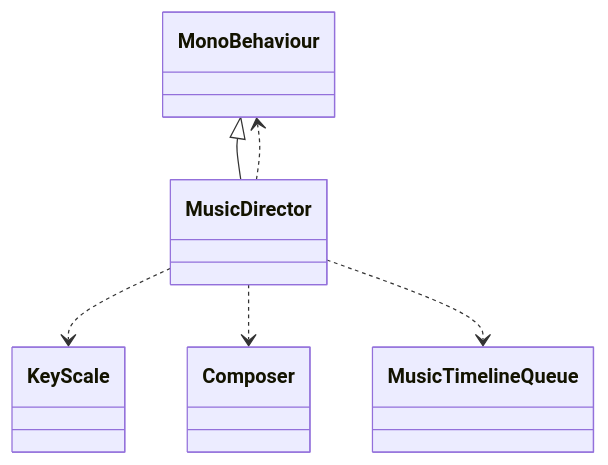
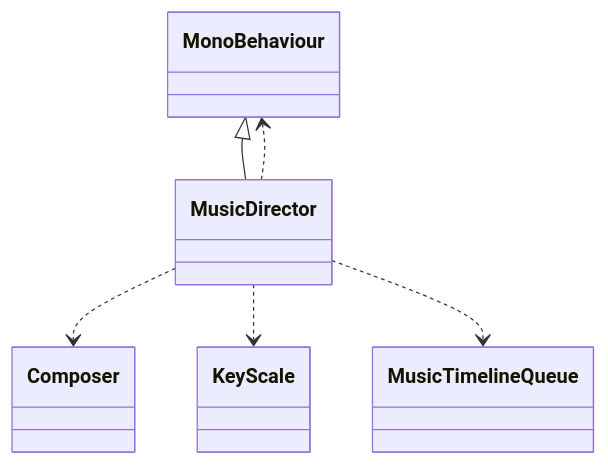
Before and after one commit to schnock-art/project_inspector: the sixth of 39 diagrams in test/test.md, drawn with Mermaid. The commit also changed other lines of this file and 1 other file, not shown here.

Commit message:
Removed empty mermaid

````diff
--- a/test/test.md
+++ b/test/test.md
@@ -225,8 +225,8 @@
 ```mermaid
 classDiagram
 MonoBehaviour <|-- MusicDirector
+MusicDirector ..> Composer
 MusicDirector ..> KeyScale
-MusicDirector ..> Composer
 MusicDirector ..> MusicTimelineQueue
 MusicDirector ..> MonoBehaviour
 ```
````
